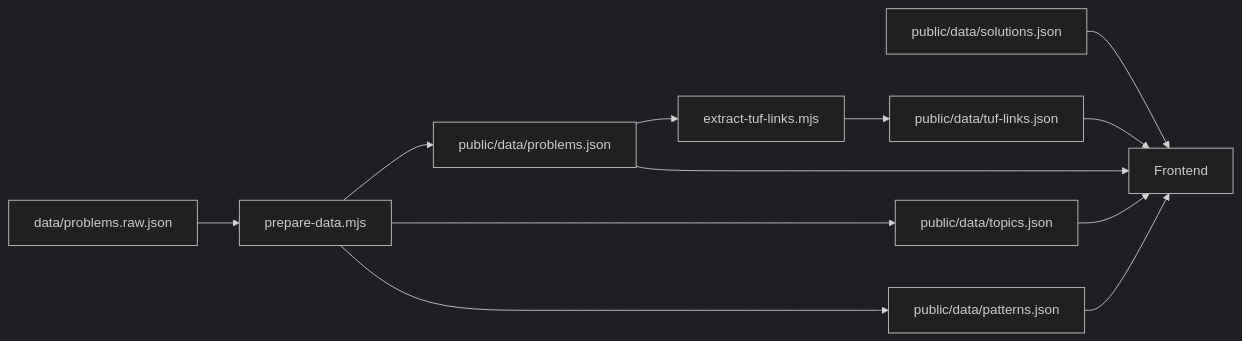
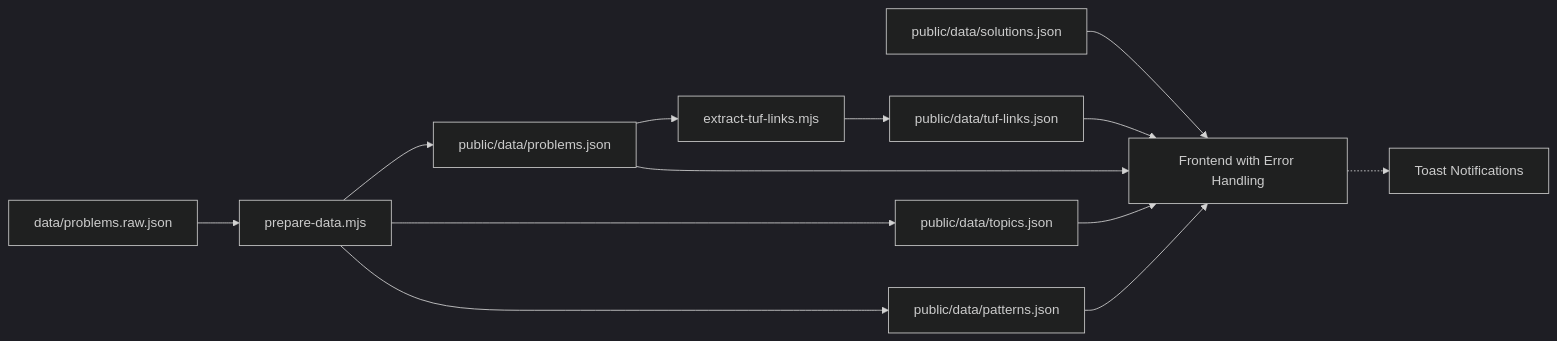
Before and after one commit to iamrituraj/DSA-Tracker: the fifth of 5 diagrams in .qoder/repowiki/en/content/Data Management/Static Data Assets.md, drawn with Mermaid (dark theme). The commit also changed other lines of this file and 42 other files, not shown here.

````diff
--- a/.qoder/repowiki/en/content/Data Management/Static Data Assets.md
+++ b/.qoder/repowiki/en/content/Data Management/Static Data Assets.md
@@ -271,14 +307,15 @@
 ```mermaid
 graph LR
 Raw["data/problems.raw.json"] --> Prep["prepare-data.mjs"]
 Prep --> PJSON["public/data/problems.json"]
 Prep --> Topics["public/data/topics.json"]
 Prep --> Patterns["public/data/patterns.json"]
 PJSON --> Extract["extract-tuf-links.mjs"]
 Extract --> Links["public/data/tuf-links.json"]
-Sol["public/data/solutions.json"] --> UI["Frontend"]
+Sol["public/data/solutions.json"] --> UI["Frontend with Error Handling"]
 Links --> UI
 PJSON --> UI
 Topics --> UI
 Patterns --> UI
+UI -.-> Toast["Toast Notifications"]
 ```
````
